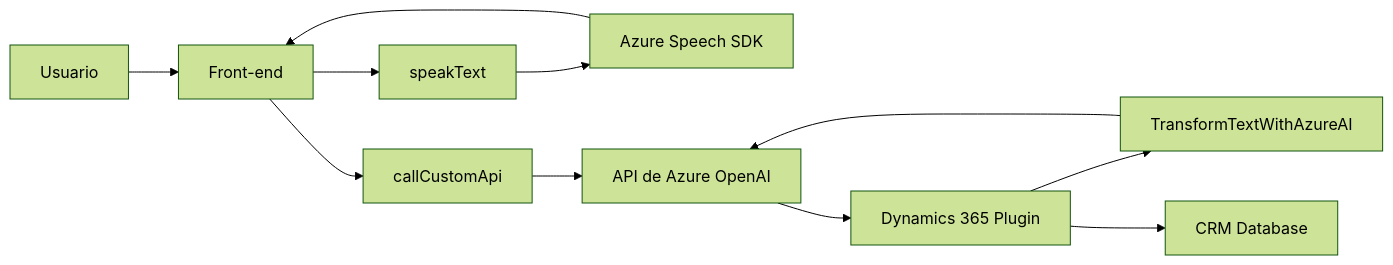
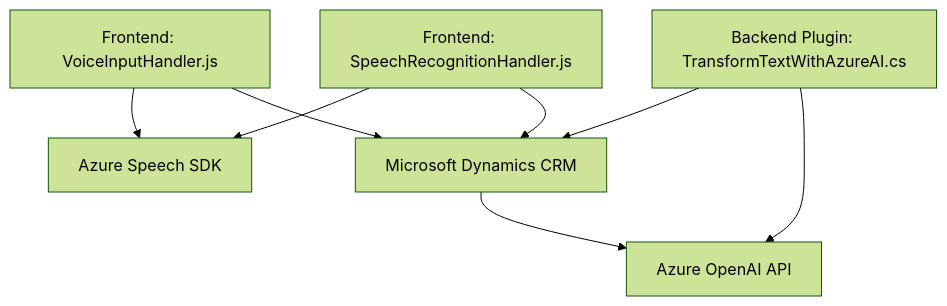
The diagram in README.md (blopezdm/NETCORE_BILBAO2025), drawn with Mermaid (forest theme) before and after one commit. The commit also changed other lines of this file, not shown here.

````diff
--- a/README.md
+++ b/README.md
@@ -42,13 +44,17 @@
 ```mermaid
-graph LR
-    A["Usuario"] --> B["Front-end"]
-    B --> C["speakText"]
-    B --> D["callCustomApi"]
-    C --> E["Azure Speech SDK"]
-    D --> F["API de Azure OpenAI"]
-    E --> B
-    F --> G["Dynamics 365 Plugin"]
-    G --> H["TransformTextWithAzureAI"]
-    H --> F
-    G --> I["CRM Database"]
+graph TD
+  A["Frontend: VoiceInputHandler.js"]
+  B["Frontend: SpeechRecognitionHandler.js"]
+  C["Backend Plugin: TransformTextWithAzureAI.cs"]
+  D["Azure Speech SDK"]
+  E["Azure OpenAI API"]
+  F["Microsoft Dynamics CRM"]
+  
+  A --> D
+  B --> D
+  A --> F
+  B --> F
+  C --> F
+  C --> E
+  F --> E
 ```
````
